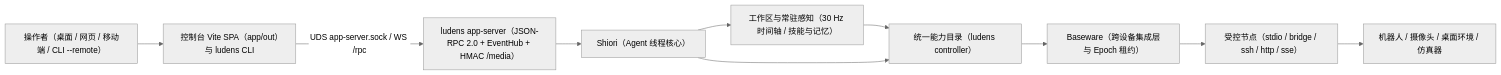
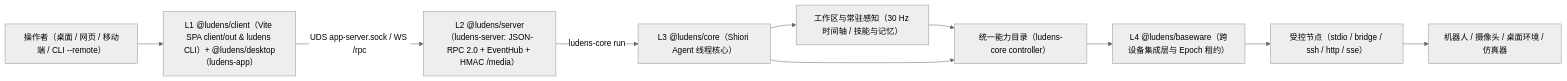
Before and after one commit to Arkevo-Lab/Ludens: the diagram in docs/zh/concepts/overview.md, drawn with Mermaid (neutral theme). The commit also changed other lines of this file and 34 other files, not shown here.

Commit message:
docs: align bilingual documentation and construction plan with six-package architecture

````diff
--- a/docs/zh/concepts/overview.md
+++ b/docs/zh/concepts/overview.md
@@ -19,12 +19,12 @@
 ```mermaid
 flowchart LR
-    U["操作者（桌面 / 网页 / 移动端 / CLI --remote）"] --> Con["控制台 Vite SPA（app/out）与 ludens CLI"]
-    Con -->|"UDS app-server.sock / WS /rpc"| Srv["ludens app-server（JSON-RPC 2.0 + EventHub + HMAC /media）"]
-    Srv --> Sh["Shiori（Agent 线程核心）"]
+    U["操作者（桌面 / 网页 / 移动端 / CLI --remote）"] --> Con["L1 @ludens/client（Vite SPA client/out & ludens CLI）+ @ludens/desktop（ludens-app）"]
+    Con -->|"UDS app-server.sock / WS /rpc"| Srv["L2 @ludens/server（ludens-server: JSON-RPC 2.0 + EventHub + HMAC /media）"]
+    Srv -->|"ludens-core run"| Sh["L3 @ludens/core（Shiori Agent 线程核心）"]
     Sh --> Ws["工作区与常驻感知（30 Hz 时间轴 / 技能与记忆）"]
-    Ws --> Cat["统一能力目录（ludens controller）"]
+    Ws --> Cat["统一能力目录（ludens-core controller）"]
     Sh --> Cat
-    Cat --> Bw["Baseware（跨设备集成层与 Epoch 租约）"]
+    Cat --> Bw["L4 @ludens/baseware（跨设备集成层与 Epoch 租约）"]
     Bw --> Nodes["受控节点（stdio / bridge / ssh / http / sse）"]
     Nodes --> Targets["机器人 / 摄像头 / 桌面环境 / 仿真器"]
 ```
````
